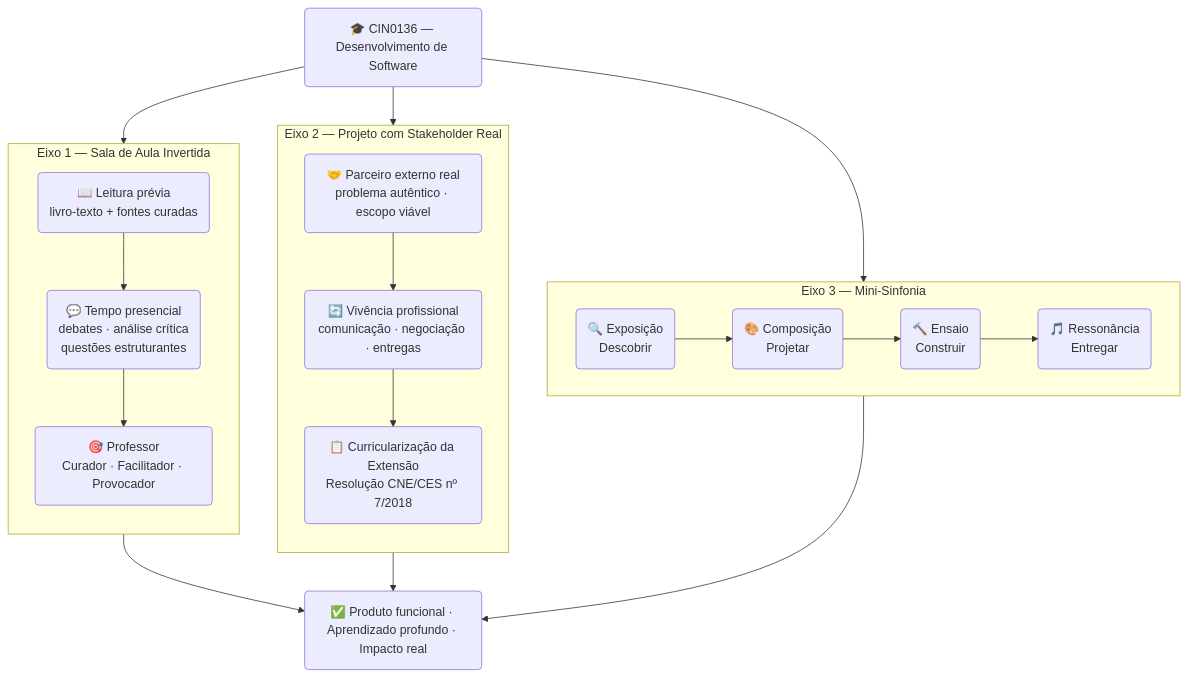
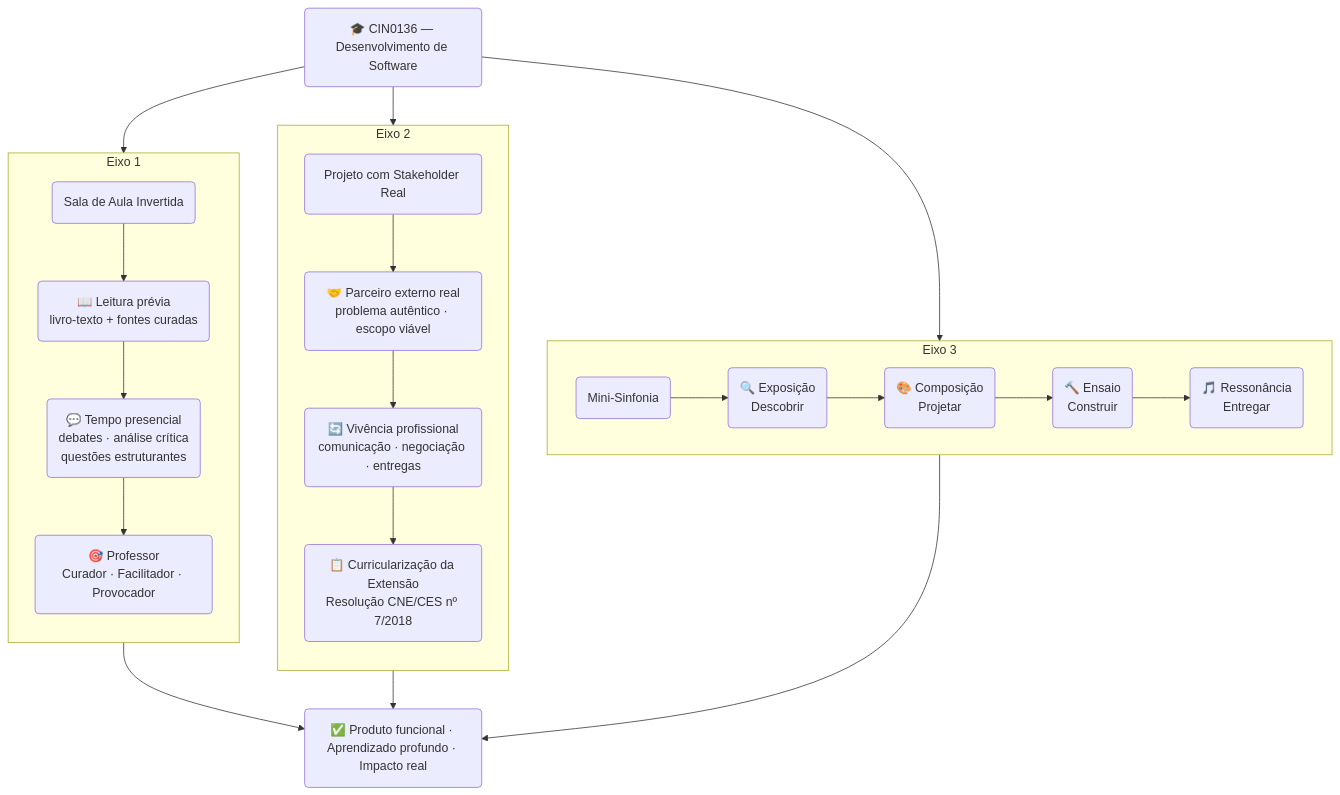
The diagram in README.md (assertlab/deso), drawn with Mermaid before and after one commit.

Commit message:
Simplify subgraph labels in README.md

````diff
--- a/README.md
+++ b/README.md
@@ -31,35 +31,38 @@
 ```mermaid
 flowchart TB
     DISC("🎓 CIN0136 — Desenvolvimento de Software")
 
     DISC --> E1
     DISC --> E2
     DISC --> E3
 
-    subgraph E1["Eixo 1 — Sala de Aula Invertida"]
+    subgraph E1["Eixo 1"]
         direction TB
+        L0("Sala de Aula Invertida")
         L1("📖 Leitura prévia<br>livro-texto + fontes curadas")
         L2("💬 Tempo presencial<br>debates · análise crítica<br>questões estruturantes")
         L3("🎯 Professor<br>Curador · Facilitador · Provocador")
-        L1 --> L2 --> L3
+        L0 --> L1 --> L2 --> L3
     end
 
-    subgraph E2["Eixo 2 — Projeto com Stakeholder Real"]
+    subgraph E2["Eixo 2"]
         direction TB
+        P0("Projeto com Stakeholder Real")
         P1("🤝 Parceiro externo real<br>problema autêntico · escopo viável")
         P2("🔄 Vivência profissional<br>comunicação · negociação · entregas")
         P3("📋 Curricularização da Extensão<br>Resolução CNE/CES nº 7/2018")
-        P1 --> P2 --> P3
+        P0 --> P1 --> P2 --> P3
     end
 
-    subgraph E3["Eixo 3 — Mini-Sinfonia"]
+    subgraph E3["Eixo 3"]
         direction LR
+        M0("Mini-Sinfonia")
         M1("🔍 Exposição<br>Descobrir")
         M2("🎨 Composição<br>Projetar")
         M3("🔨 Ensaio<br>Construir")
         M4("🎵 Ressonância<br>Entregar")
-        M1 --> M2 --> M3 --> M4
+        M0 --> M1 --> M2 --> M3 --> M4
     end
 
     E1 & E2 & E3 --> OUT("✅ Produto funcional · Aprendizado profundo · Impacto real")
 ```
````
